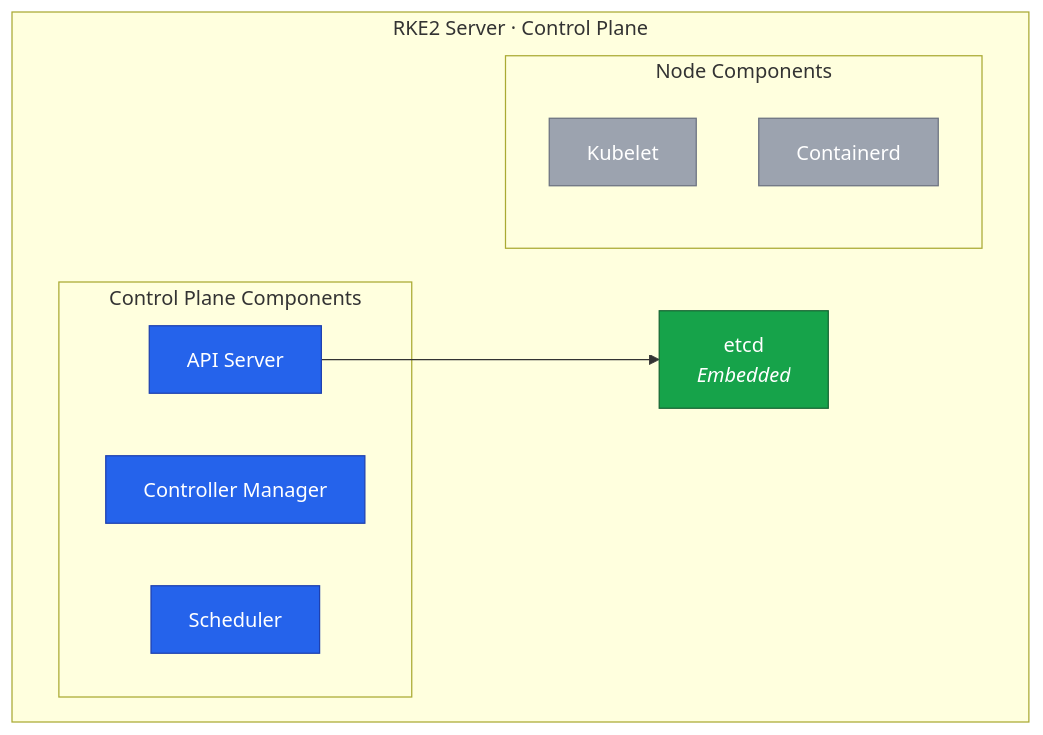
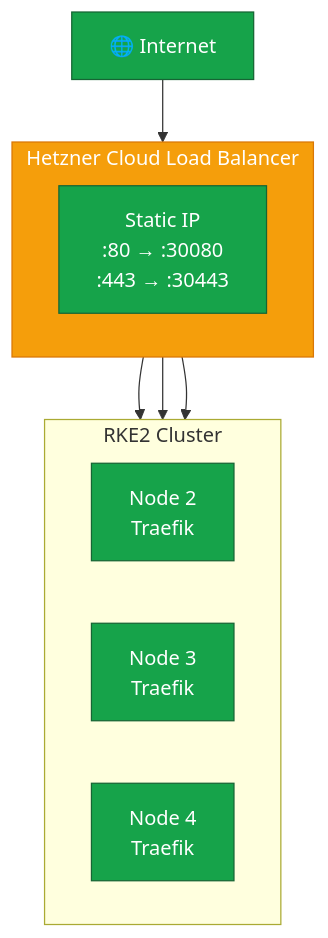
One commit to philprime/philprime.dev changed the diagram in guides/migrating-k3s-to-rke2-without-downtime/lesson-8.md. Above: the diagram before and after it, drawn with Mermaid. The commit also changed other lines of this file and 8 other files, not shown here.

````diff
--- a/guides/migrating-k3s-to-rke2-without-downtime/lesson-8.md
+++ b/guides/migrating-k3s-to-rke2-without-downtime/lesson-8.md
@@ -33,27 +30,26 @@
 ```mermaid!
 flowchart TB
-    subgraph RKE2["RKE2 Server · Control Plane"]
-        subgraph CP["Control Plane Components"]
-            API["API Server"]
-            CM["Controller Manager"]
-            SCHED["Scheduler"]
-        end
+  Internet["🌐 Internet"]
 
-        ETCD["etcd<br/><i>Embedded</i>"]
+  subgraph LB["Hetzner Cloud Load Balancer"]
+    LBInfo["Static IP<br/>:80 → :30080<br/>:443 → :30443"]
+  end
 
-        subgraph Node["Node Components"]
-            KUB["Kubelet"]
-            CTD["Containerd"]
-        end
+  subgraph Cluster["RKE2 Cluster"]
+    direction LR
+    N2["Node 2<br/>Traefik"]
+    N3["Node 3<br/>Traefik"]
+    N4["Node 4<br/>Traefik"]
+  end
 
-        API --> ETCD
-    end
+  Internet --> LB
+  LB --> N2
+  LB --> N3
+  LB --> N4
 
-    classDef cp fill:#2563eb,color:#fff,stroke:#1e40af
-    classDef etcd fill:#16a34a,color:#fff,stroke:#166534
-    classDef node fill:#9ca3af,color:#fff,stroke:#6b7280
+  classDef lb fill:#f59e0b,color:#fff,stroke:#d97706
+  classDef node fill:#16a34a,color:#fff,stroke:#166534
 
-    class API,CM,SCHED cp
-    class ETCD etcd
-    class KUB,CTD node
+  class LB lb
+  class N2,N3,N4 node
 ```
````
